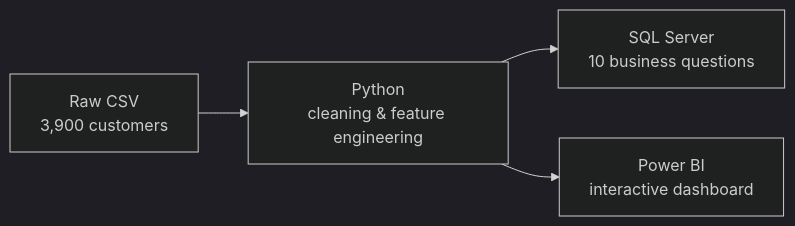
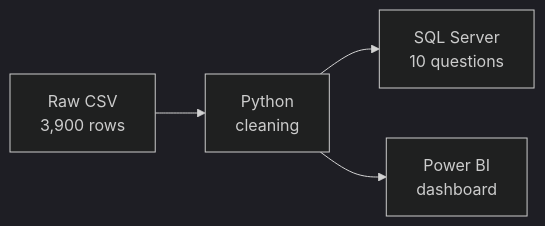
Before and after one commit to badrdata0/SQL_projects: the diagram in sql_project_04/README.md, drawn with Mermaid (dark theme).

````diff
--- a/sql_project_04/README.md
+++ b/sql_project_04/README.md
@@ -11,6 +11,6 @@
 ```mermaid
 flowchart LR
-    A[Raw CSV<br/>3,900 customers] --> B[Python<br/>cleaning & feature engineering]
-    B --> C[SQL Server<br/>10 business questions]
-    B --> D[Power BI<br/>interactive dashboard]
+    A[Raw CSV<br/>3,900 rows] --> B[Python<br/>cleaning]
+    B --> C[SQL Server<br/>10 questions]
+    B --> D[Power BI<br/>dashboard]
 ```
````
